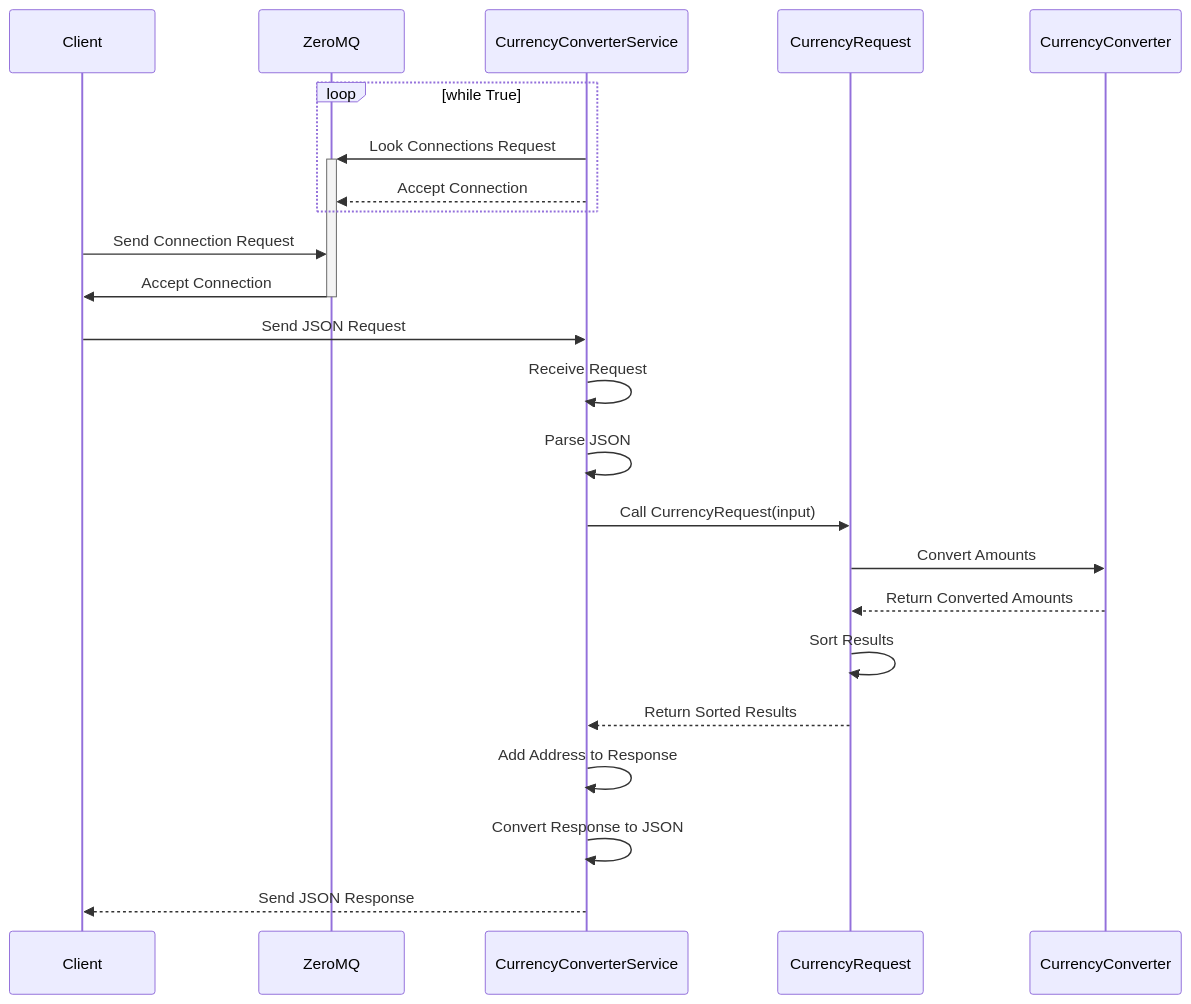
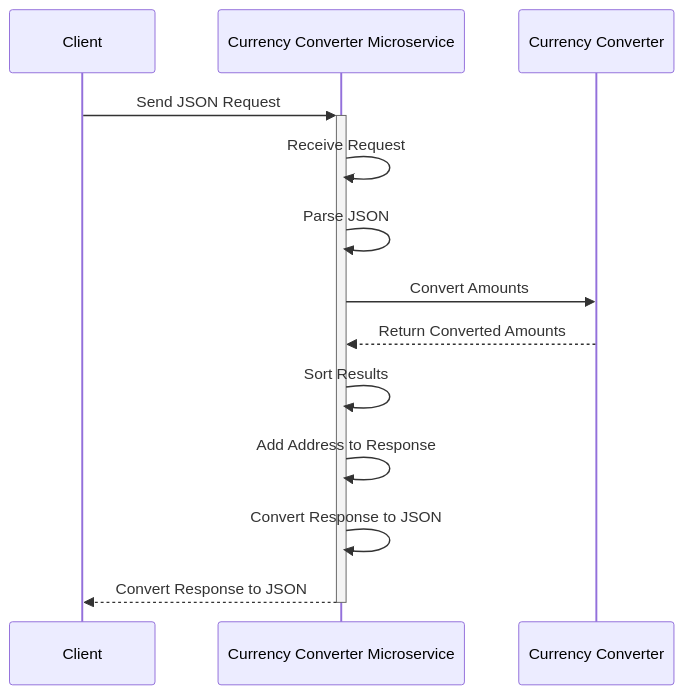
One commit to bakematt-OSU/CS-361-Microservice-1 changed the diagram in README.md. Above: the diagram before and after it, drawn with Mermaid. The commit also changed other lines of this file, not shown here.

````diff
--- a/README.md
+++ b/README.md
@@ -3,26 +105,17 @@
 ```mermaid
+
 sequenceDiagram
     participant Client
-    participant ZeroMQ
-    participant CurrencyConverterService
-    participant CurrencyRequest
-    participant CurrencyConverter
-
-    loop while True
-        CurrencyConverterService->>+ZeroMQ: Look Connections Request
-        CurrencyConverterService-->>ZeroMQ: Accept Connection
-    end
-    Client->>ZeroMQ: Send Connection Request
-ZeroMQ->>-Client: Accept Connection
-    Client->>CurrencyConverterService: Send JSON Request
-    CurrencyConverterService->>CurrencyConverterService: Receive Request
-    CurrencyConverterService->>CurrencyConverterService: Parse JSON
-    CurrencyConverterService->>CurrencyRequest: Call CurrencyRequest(input)
-    CurrencyRequest->>CurrencyConverter: Convert Amounts
-    CurrencyConverter-->>CurrencyRequest: Return Converted Amounts
-    CurrencyRequest->>CurrencyRequest: Sort Results
-    CurrencyRequest-->>CurrencyConverterService: Return Sorted Results
-    CurrencyConverterService->>CurrencyConverterService: Add Address to Response
-    CurrencyConverterService->>CurrencyConverterService: Convert Response to JSON
-    CurrencyConverterService-->>Client: Send JSON Response
+    participant Currency Converter Microservice
+    participant Currency Converter
+    
+    Client->>+Currency Converter Microservice: Send JSON Request
+    Currency Converter Microservice->>Currency Converter Microservice: Receive Request
+    Currency Converter Microservice->>Currency Converter Microservice: Parse JSON
+    Currency Converter Microservice->>Currency Converter: Convert Amounts
+    Currency Converter-->>Currency Converter Microservice: Return Converted Amounts
+    Currency Converter Microservice->>Currency Converter Microservice: Sort Results
+    Currency Converter Microservice->>Currency Converter Microservice: Add Address to Response
+    Currency Converter Microservice->>Currency Converter Microservice: Convert Response to JSON
+    Currency Converter Microservice-->>-Client: Convert Response to JSON
 ```
````
